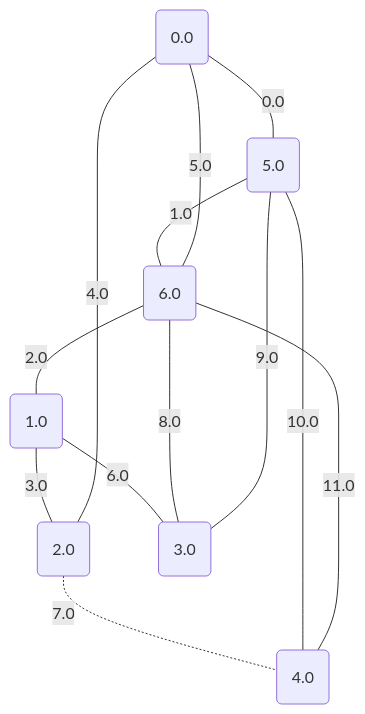
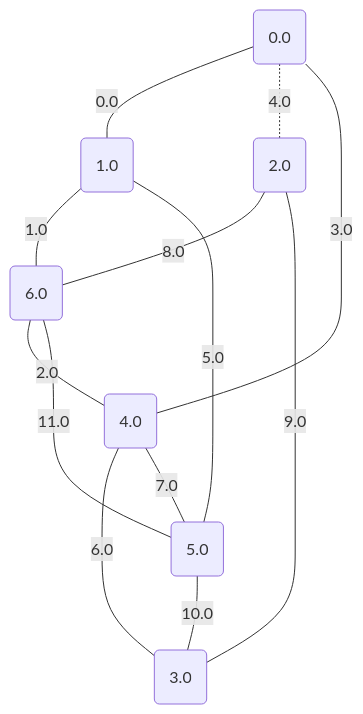
One commit to metury/graphs changed the eighth of 17 diagrams in project/src/testing/minCutPetersen.md. Above: the diagram before and after it, drawn with Mermaid. The commit also changed other lines of this file and 50 other files, not shown here.

````diff
--- a/project/src/testing/minCutPetersen.md
+++ b/project/src/testing/minCutPetersen.md
@@ -218,22 +218,22 @@
 ```mermaid
 graph TD;
 0("0.0");
 1("1.0");
 2("2.0");
 3("3.0");
 4("4.0");
 5("5.0");
 6("6.0");
-	0 -- "0.0" --- 5;
-	5 -- "1.0" --- 6;
-	6 -- "2.0" --- 1;
-	1 -- "3.0" --- 2;
-	2 -- "4.0" --- 0;
-	0 -- "5.0" --- 6;
-	1 -- "6.0" --- 3;
-	2 -. "7.0" -.- 4;
-	6 -- "8.0" --- 3;
-	5 -- "9.0" --- 3;
-	5 -- "10.0" --- 4;
-	6 -- "11.0" --- 4;
+	0 -- "0.0" --- 1;
+	1 -- "1.0" --- 6;
+	6 -- "2.0" --- 4;
+	4 -- "3.0" --- 0;
+	0 -. "4.0" -.- 2;
+	1 -- "5.0" --- 5;
+	4 -- "6.0" --- 3;
+	4 -- "7.0" --- 5;
+	2 -- "8.0" --- 6;
+	2 -- "9.0" --- 3;
+	5 -- "10.0" --- 3;
+	6 -- "11.0" --- 5;
 ```
````
